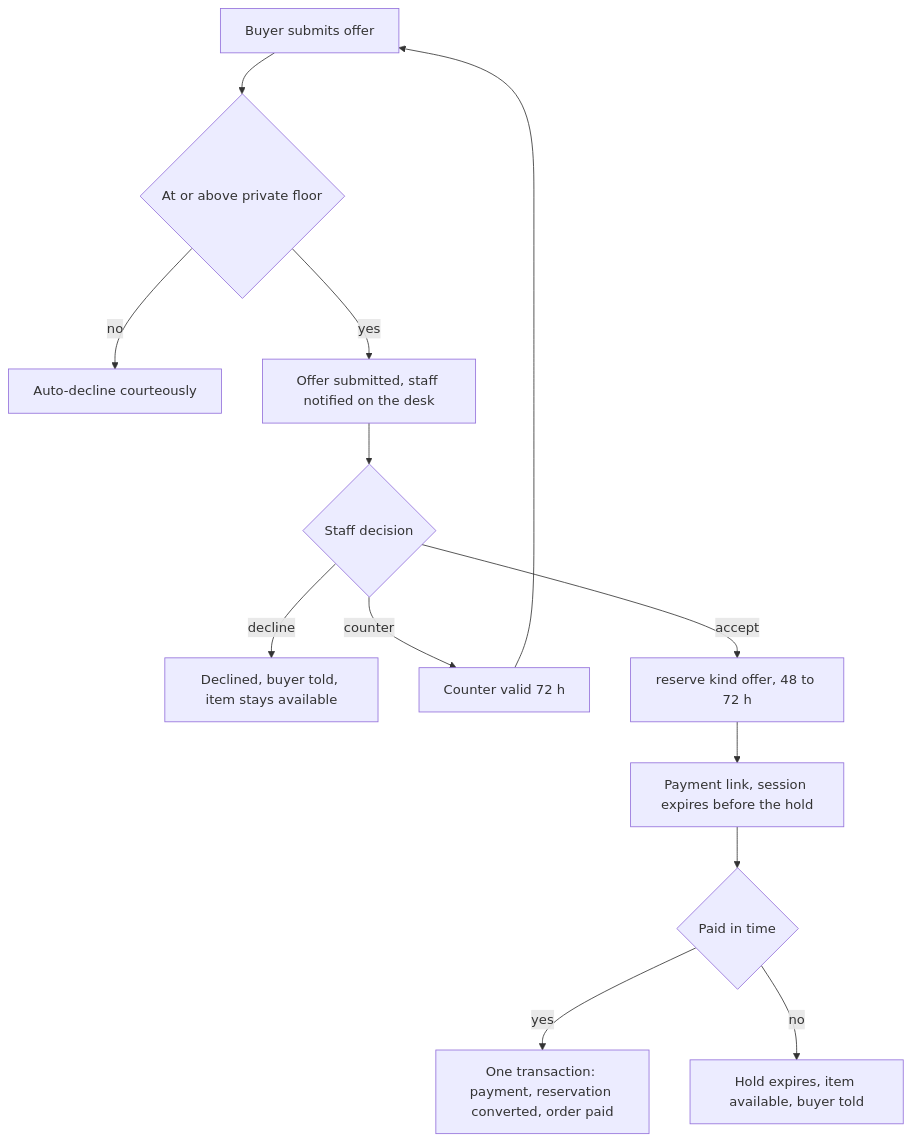
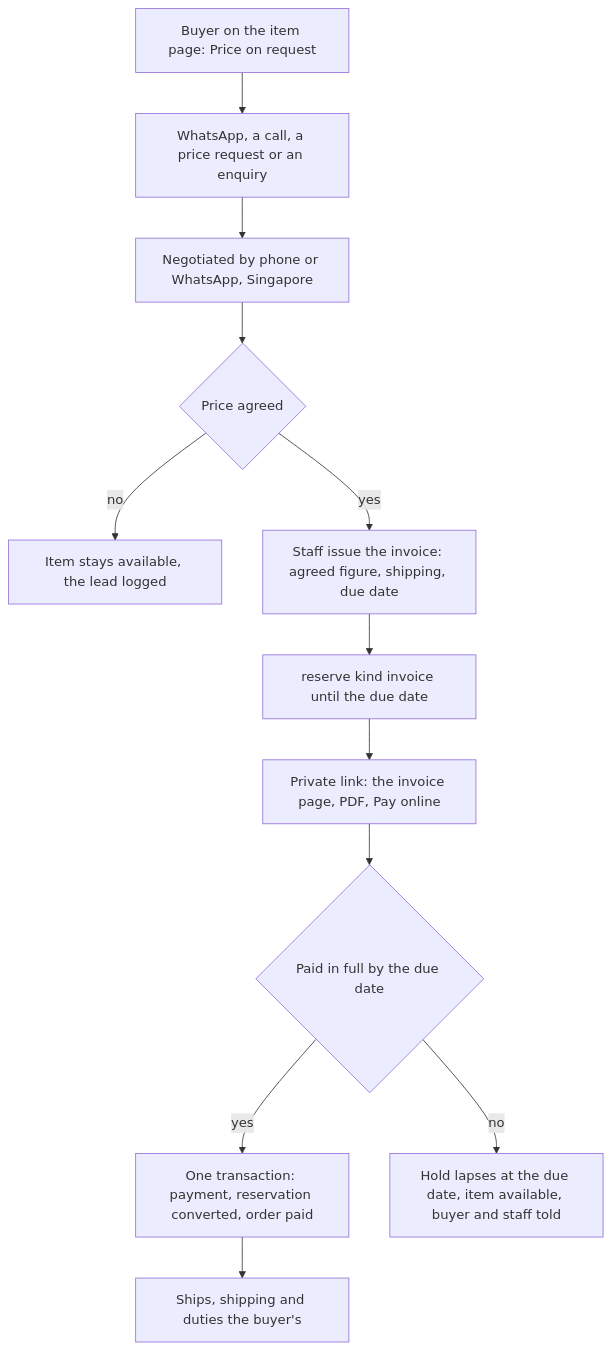
One commit to gaiadabali/antique-map changed the fourth of 7 diagrams in .claude/specs/indies-platform/design.md. Above: the diagram before and after it, drawn with Mermaid. The commit also changed other lines of this file and 8 other files, not shown here.

````diff
--- a/.claude/specs/indies-platform/design.md
+++ b/.claude/specs/indies-platform/design.md
@@ -349,14 +371,14 @@
 ```mermaid
 flowchart TD
-    A[Buyer submits offer] --> B{At or above private floor}
-    B -- no --> C[Auto-decline courteously]
-    B -- yes --> D[Offer submitted, staff notified on the desk]
-    D --> E{Staff decision}
-    E -- decline --> F[Declined, buyer told, item stays available]
-    E -- counter --> G[Counter valid 72 h] --> A
-    E -- accept --> H[reserve kind offer, 48 to 72 h]
-    H --> I[Payment link, session expires before the hold]
-    I --> J{Paid in time}
-    J -- yes --> K[One transaction: payment, reservation converted, order paid]
-    J -- no --> L[Hold expires, item available, buyer told]
+    A[Buyer on the item page: Price on request] --> B[WhatsApp, a call, a price request or an enquiry]
+    B --> C[Negotiated by phone or WhatsApp, Singapore]
+    C --> D{Price agreed}
+    D -- no --> E[Item stays available, the lead logged]
+    D -- yes --> F[Staff issue the invoice: agreed figure, shipping, due date]
+    F --> G[reserve kind invoice until the due date]
+    G --> H[Private link: the invoice page, PDF, Pay online]
+    H --> I{Paid in full by the due date}
+    I -- yes --> J[One transaction: payment, reservation converted, order paid]
+    J --> K[Ships, shipping and duties the buyer's]
+    I -- no --> L[Hold lapses at the due date, item available, buyer and staff told]
 ```
````
